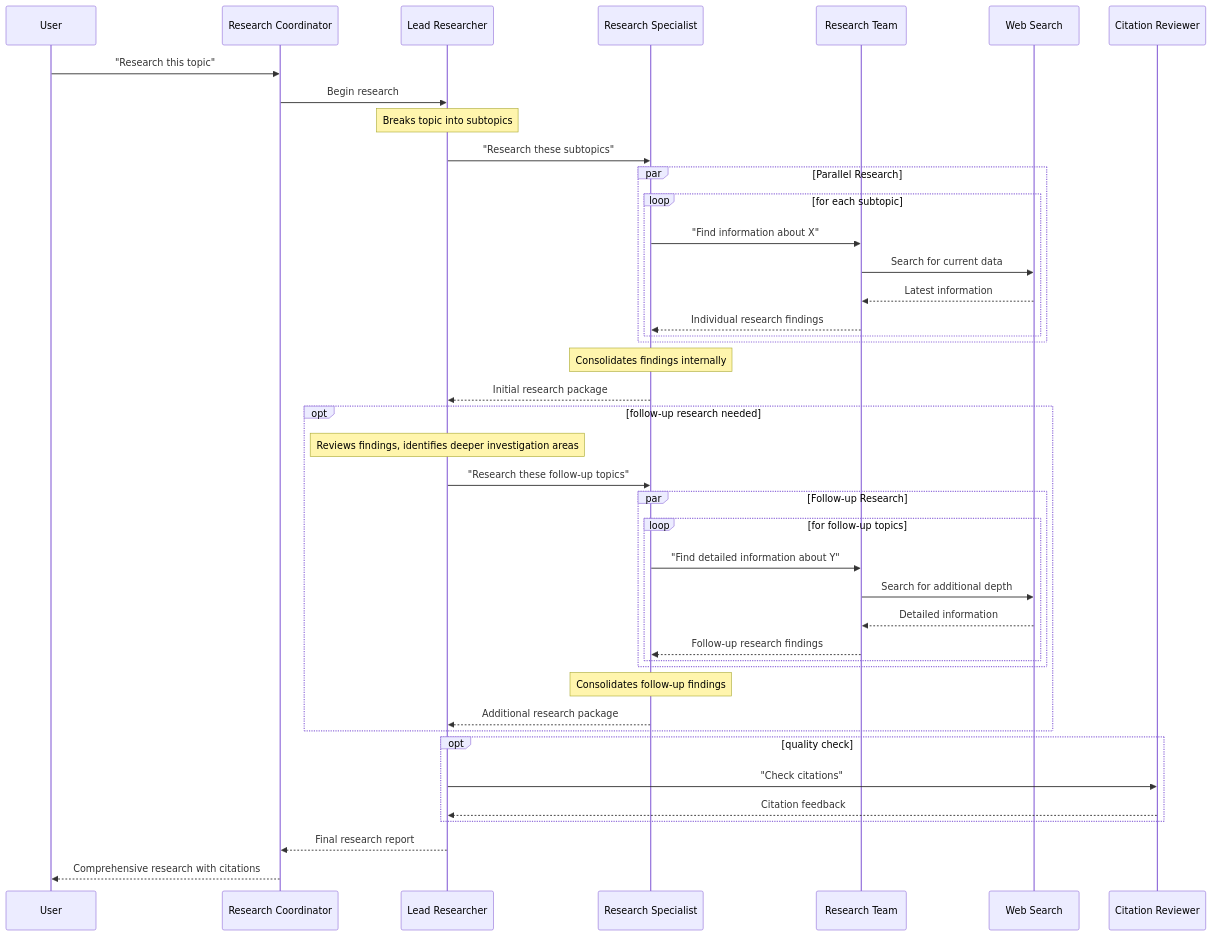
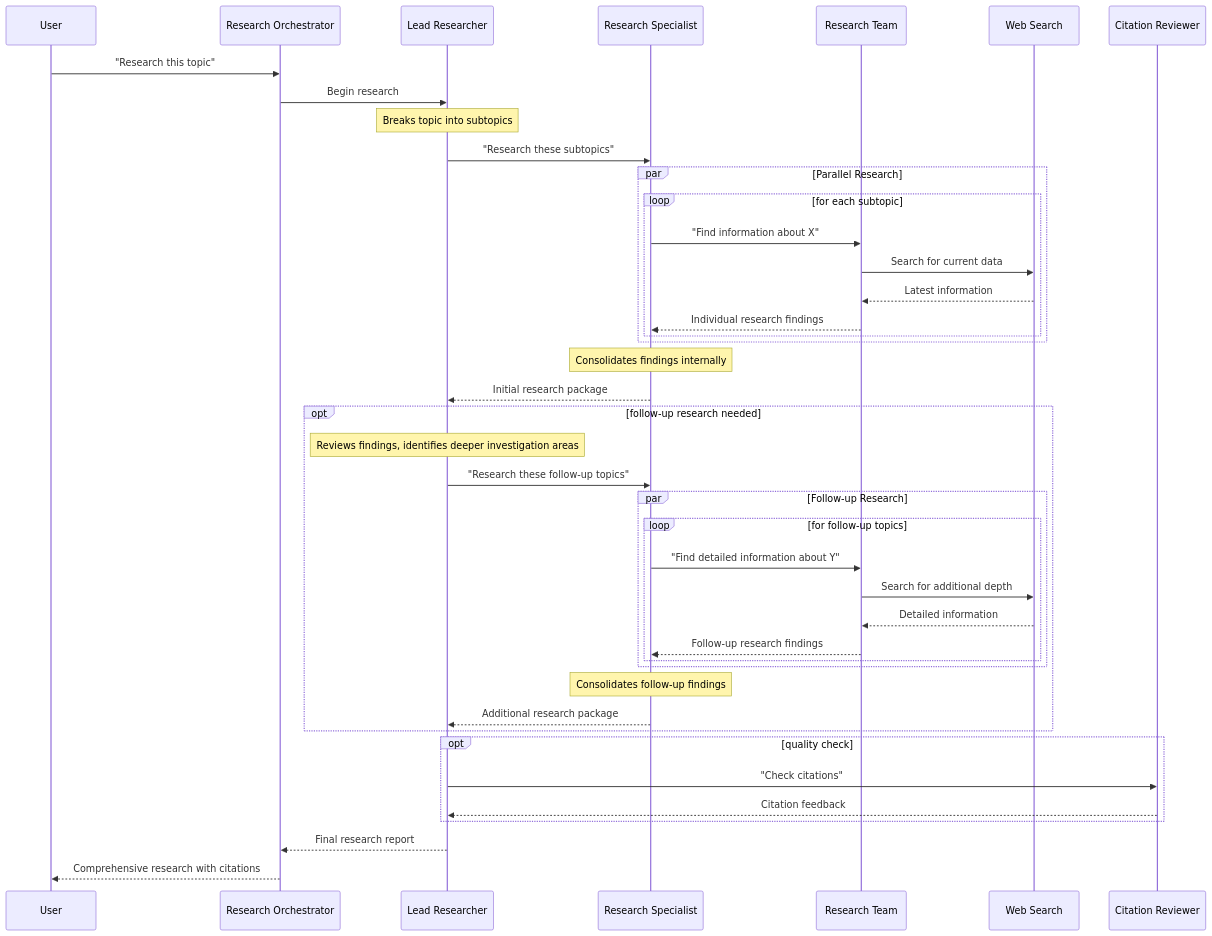
One commit to karashiiro/research-mcp changed the diagram in README.md. Above: the diagram before and after it, drawn with Mermaid.

Commit message:
Orchestrator

````diff
--- a/README.md
+++ b/README.md
@@ -88,55 +88,55 @@
 ```mermaid
 sequenceDiagram
     participant User as User
-    participant Coordinator as Research Coordinator
+    participant Orchestrator as Research Orchestrator
     participant Lead as Lead Researcher
     participant Specialist as Research Specialist
     participant Researchers as Research Team
     participant Web as Web Search
     participant Reviewer as Citation Reviewer
 
-    User->>Coordinator: "Research this topic"
+    User->>Orchestrator: "Research this topic"
     
-    Coordinator->>Lead: Begin research
+    Orchestrator->>Lead: Begin research
     Note over Lead: Breaks topic into subtopics
     
     Lead->>Specialist: "Research these subtopics"
     
     par Parallel Research
         loop for each subtopic
             Specialist->>Researchers: "Find information about X"
             Researchers->>Web: Search for current data
             Web-->>Researchers: Latest information
             Researchers-->>Specialist: Individual research findings
         end
     end
     
     Note over Specialist: Consolidates findings internally
     Specialist-->>Lead: Initial research package
     
     opt follow-up research needed
         Note over Lead: Reviews findings, identifies deeper investigation areas
         Lead->>Specialist: "Research these follow-up topics"
         
         par Follow-up Research
             loop for follow-up topics
                 Specialist->>Researchers: "Find detailed information about Y"
                 Researchers->>Web: Search for additional depth
                 Web-->>Researchers: Detailed information
                 Researchers-->>Specialist: Follow-up research findings
             end
         end
         
         Note over Specialist: Consolidates follow-up findings
         Specialist-->>Lead: Additional research package
     end
     
     opt quality check
         Lead->>Reviewer: "Check citations"
         Reviewer-->>Lead: Citation feedback
     end
     
-    Lead-->>Coordinator: Final research report
+    Lead-->>Orchestrator: Final research report
     
-    Coordinator-->>User: Comprehensive research with citations
+    Orchestrator-->>User: Comprehensive research with citations
 ```
````
